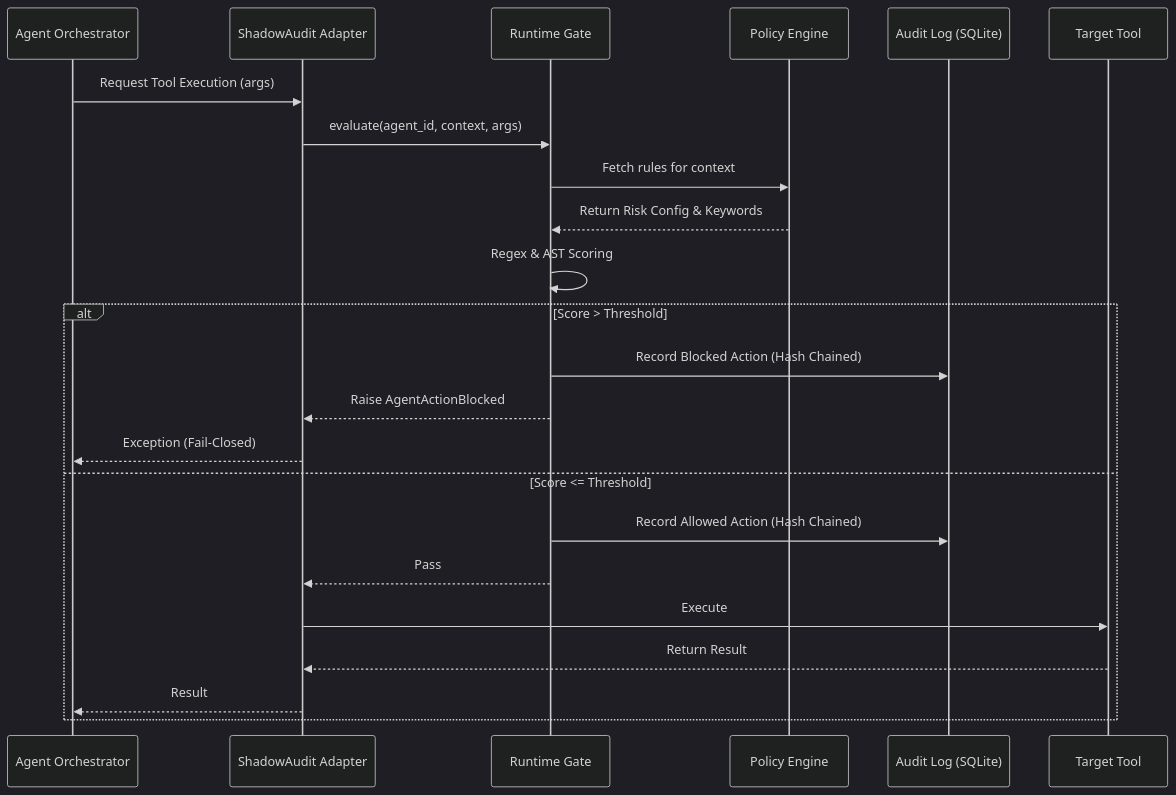
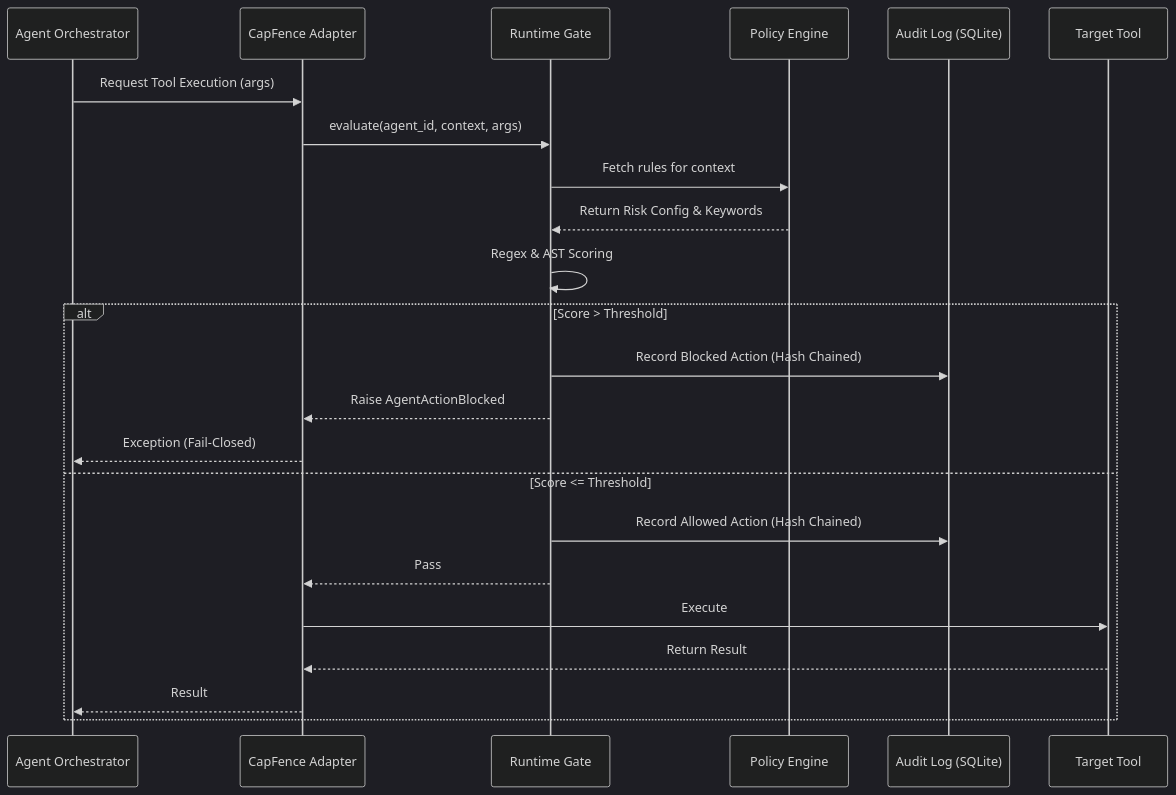
The diagram in docs-dev/architecture.md (shadowauditlabs/shadowaudit-python), drawn with Mermaid (dark theme) before and after one commit. The commit also changed other lines of this file and 261 other files, not shown here.

Commit message:
release: bump version to 0.7.0 — CapFence rebrand from ShadowAudit

````diff
--- a/docs-dev/architecture.md
+++ b/docs-dev/architecture.md
@@ -7,29 +7,29 @@
 ```mermaid
 sequenceDiagram
     participant Orchestrator as Agent Orchestrator
-    participant Wrapper as ShadowAudit Adapter
+    participant Wrapper as CapFence Adapter
     participant Gate as Runtime Gate
     participant Policy as Policy Engine
     participant Log as Audit Log (SQLite)
     participant Tool as Target Tool
 
     Orchestrator->>Wrapper: Request Tool Execution (args)
     Wrapper->>Gate: evaluate(agent_id, context, args)
     
     Gate->>Policy: Fetch rules for context
     Policy-->>Gate: Return Risk Config & Keywords
     
     Gate->>Gate: Regex & AST Scoring
     
     alt Score > Threshold
         Gate->>Log: Record Blocked Action (Hash Chained)
         Gate-->>Wrapper: Raise AgentActionBlocked
         Wrapper-->>Orchestrator: Exception (Fail-Closed)
     else Score <= Threshold
         Gate->>Log: Record Allowed Action (Hash Chained)
         Gate-->>Wrapper: Pass
         Wrapper->>Tool: Execute
         Tool-->>Wrapper: Return Result
         Wrapper-->>Orchestrator: Result
     end
 ```
````
